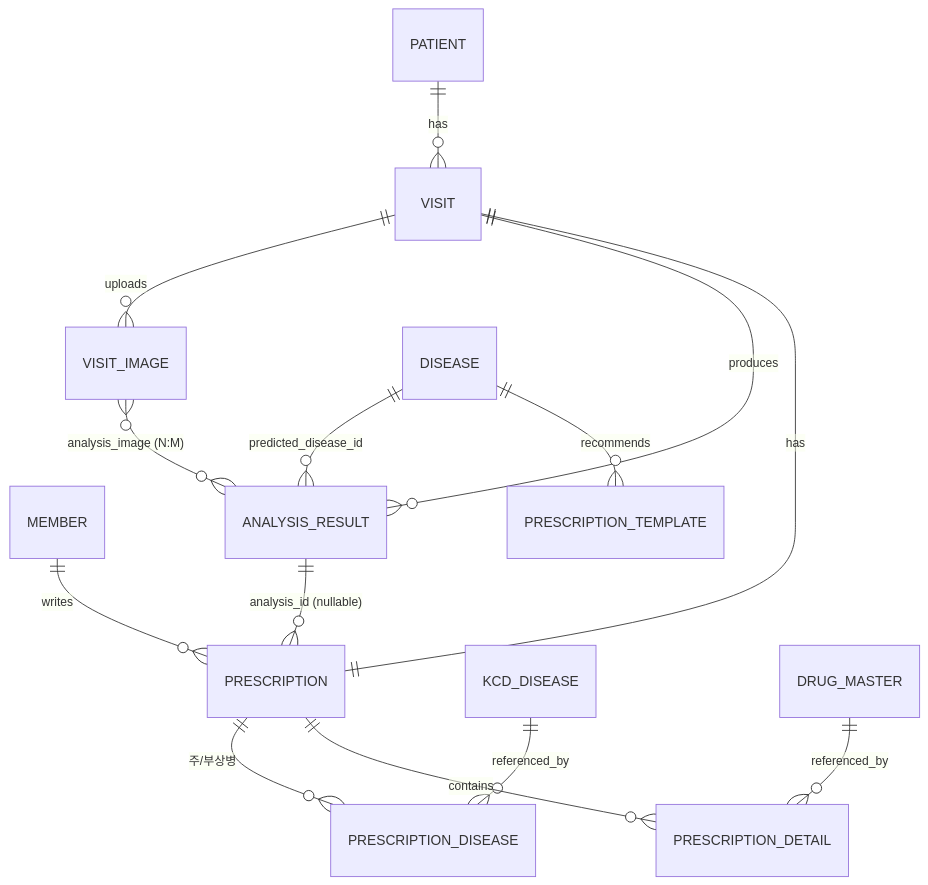
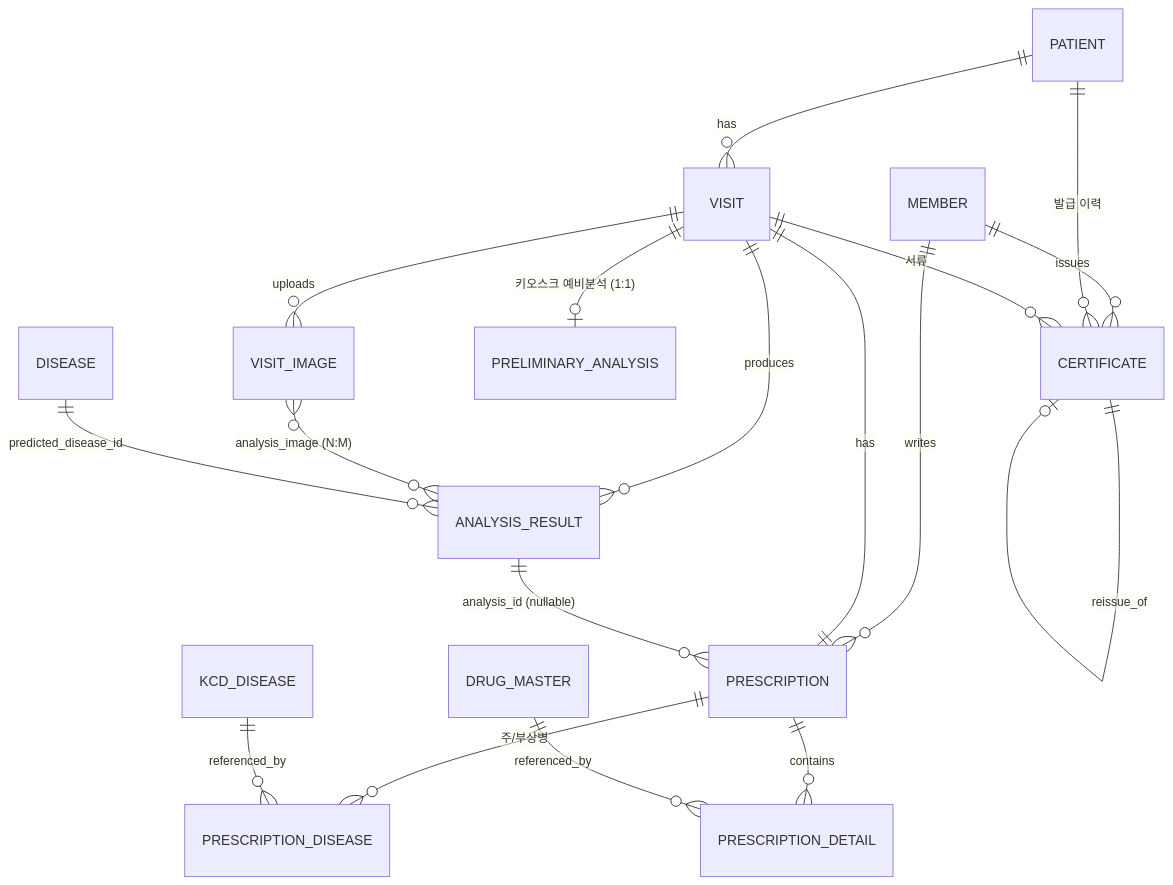
The fourth of 4 diagrams in README.md (CSID-DGU/2026-1-CECD1-5-Artifact-9), drawn with Mermaid before and after one commit. The commit also changed other lines of this file and 10 other files, not shown here.

````diff
--- a/README.md
+++ b/README.md
@@ -300,16 +397,20 @@
 ```mermaid
 erDiagram
     MEMBER ||--o{ PRESCRIPTION : writes
+    MEMBER ||--o{ CERTIFICATE : issues
     PATIENT ||--o{ VISIT : has
+    PATIENT ||--o{ CERTIFICATE : "발급 이력"
     VISIT ||--o{ VISIT_IMAGE : uploads
     VISIT ||--o{ ANALYSIS_RESULT : produces
+    VISIT ||--o| PRELIMINARY_ANALYSIS : "키오스크 예비분석 (1:1)"
+    VISIT ||--o{ CERTIFICATE : "서류"
+    CERTIFICATE ||--o| CERTIFICATE : "reissue_of"
     VISIT_IMAGE }o--o{ ANALYSIS_RESULT : "analysis_image (N:M)"
     DISEASE ||--o{ ANALYSIS_RESULT : "predicted_disease_id"
     VISIT ||--|| PRESCRIPTION : has
     ANALYSIS_RESULT ||--o{ PRESCRIPTION : "analysis_id (nullable)"
     PRESCRIPTION ||--o{ PRESCRIPTION_DISEASE : "주/부상병"
     KCD_DISEASE ||--o{ PRESCRIPTION_DISEASE : referenced_by
     PRESCRIPTION ||--o{ PRESCRIPTION_DETAIL : contains
     DRUG_MASTER ||--o{ PRESCRIPTION_DETAIL : referenced_by
-    DISEASE ||--o{ PRESCRIPTION_TEMPLATE : recommends
 ```
````
